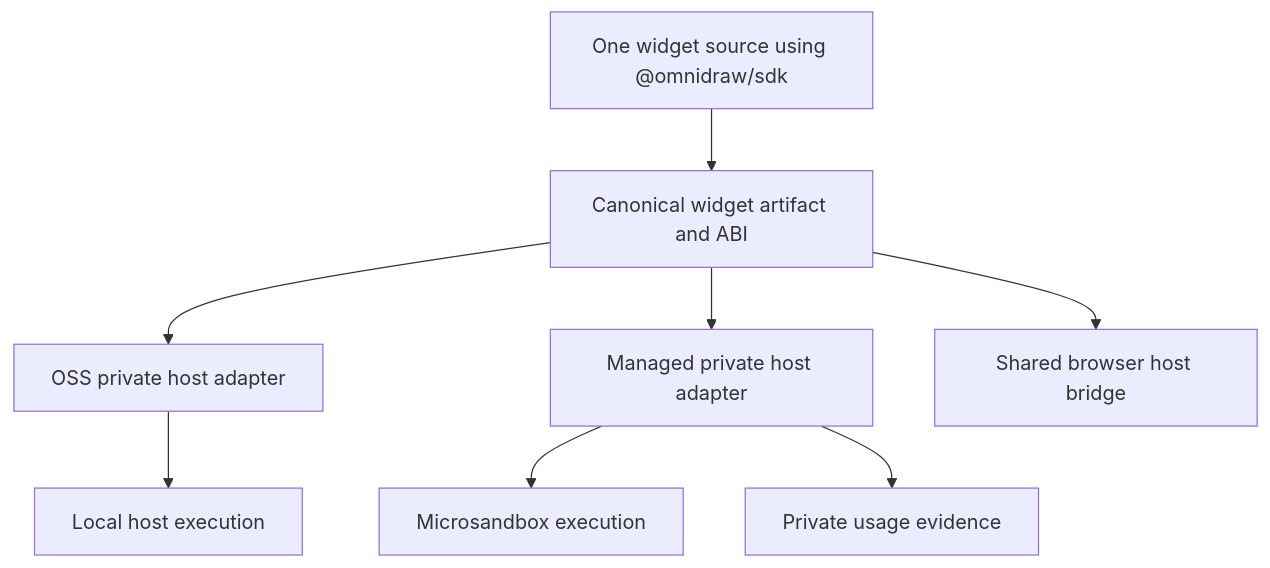
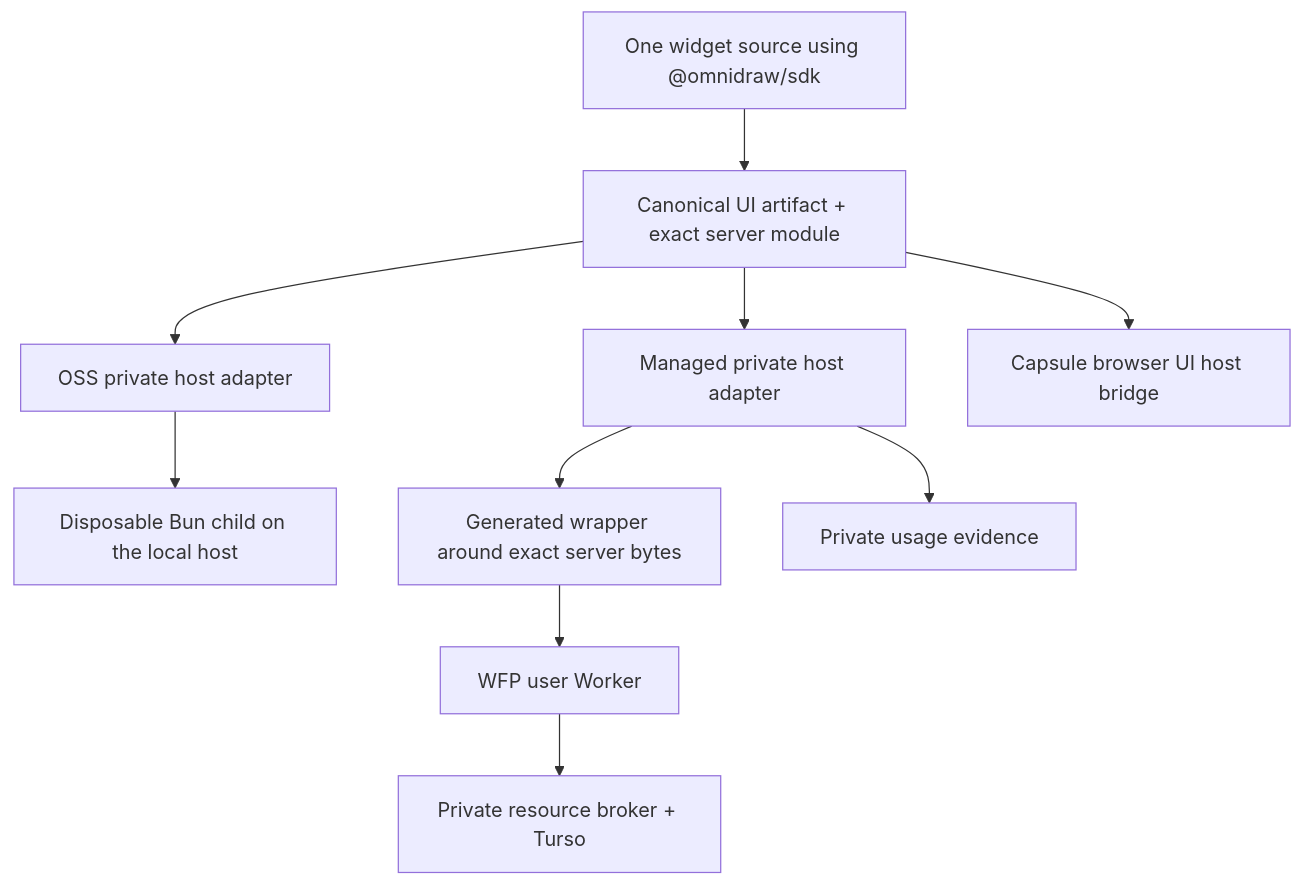
The third of 4 diagrams in docs/PRD.md (omnidraw/omnidraw), drawn with Mermaid before and after one commit. The commit also changed other lines of this file and 156 other files, not shown here.

Commit message:
refactor(widget): enforce portable server ABI

````diff
--- a/docs/PRD.md
+++ b/docs/PRD.md
@@ -330,10 +352,12 @@
 ```mermaid
 flowchart TB
-  Source["One widget source using @omnidraw/sdk"] --> Artifact["Canonical widget artifact and ABI"]
+  Source["One widget source using @omnidraw/sdk"] --> Artifact["Canonical UI artifact + exact server module"]
   Artifact --> OSSHost["OSS private host adapter"]
   Artifact --> ManagedHost["Managed private host adapter"]
-  OSSHost --> LocalExec["Local host execution"]
-  ManagedHost --> Sandbox["Microsandbox execution"]
+  OSSHost --> LocalExec["Disposable Bun child on the local host"]
+  ManagedHost --> Wrapper["Generated wrapper around exact server bytes"]
+  Wrapper --> Worker["WFP user Worker"]
+  Worker --> Turso["Private resource broker + Turso"]
   ManagedHost --> Meter["Private usage evidence"]
-  Artifact --> BrowserBridge["Shared browser host bridge"]
+  Artifact --> BrowserBridge["Capsule browser UI host bridge"]
 ```
````
